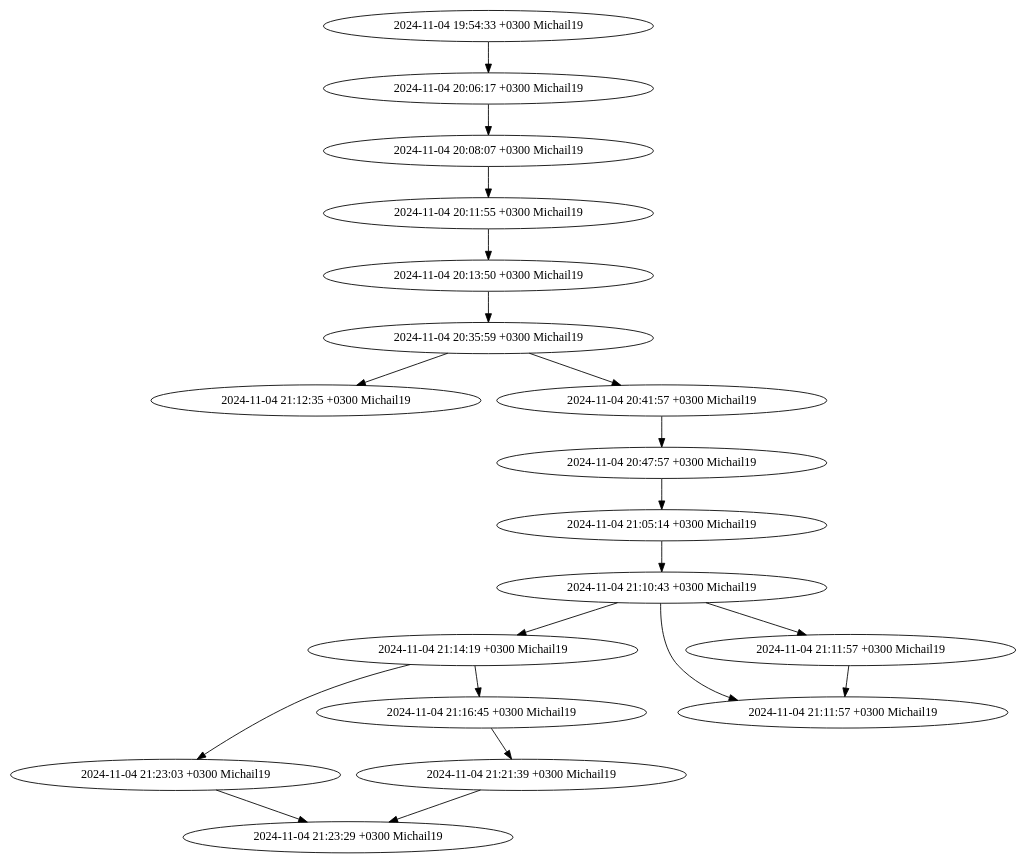
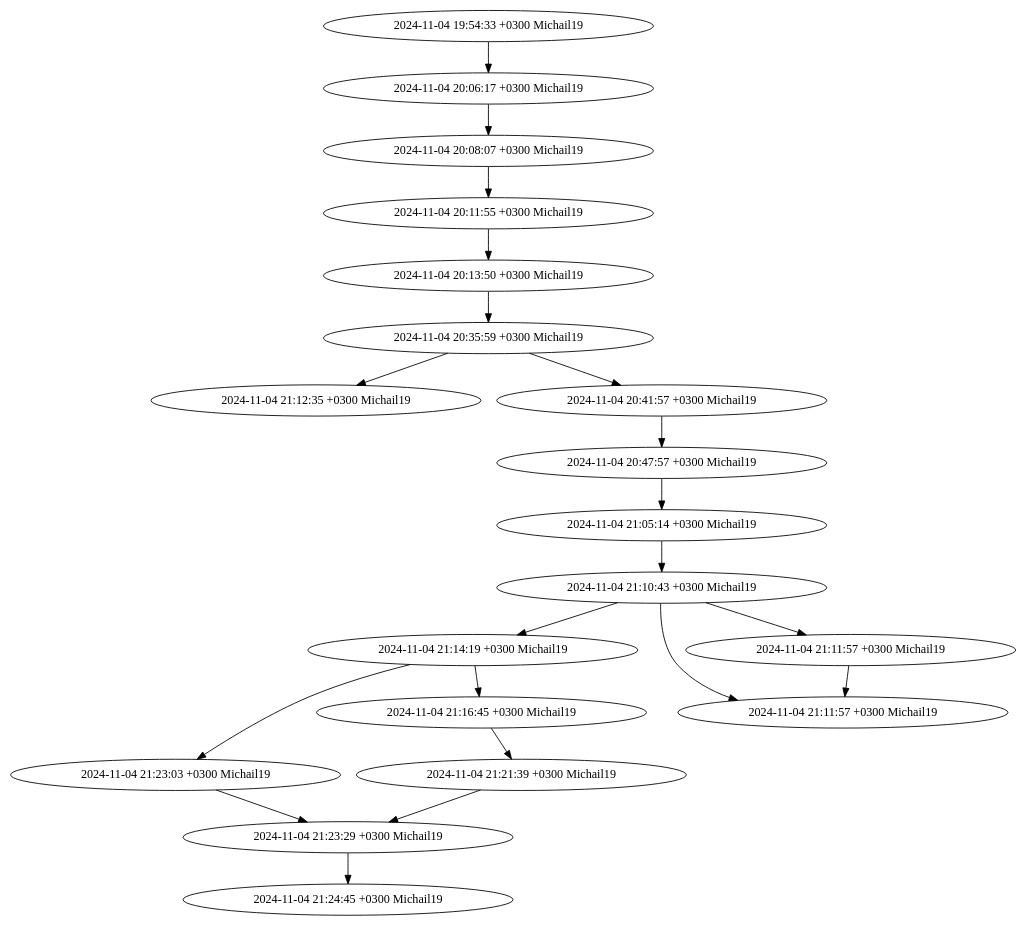
The diagram in graph.dot (Michail19/HomeworkForKU2), drawn with Graphviz before and after one commit. The commit also changed 1 other file, not shown here.

```diff
--- a/graph.dot
+++ b/graph.dot
@@ -1,39 +1,41 @@
 digraph G {
+    "9e4e44ee2bd6a0e7eb1ea17b4f37920688e868e3" [label="2024-11-04 21:24:45 +0300 Michail19"];
+    "b8d8953f7ce8fc7522e840ef1407c0d3f7119dd0" -> "9e4e44ee2bd6a0e7eb1ea17b4f37920688e868e3";
     "b8d8953f7ce8fc7522e840ef1407c0d3f7119dd0" [label="2024-11-04 21:23:29 +0300 Michail19"];
     "cb0adba88edc4027e7af5d1263faa7728e007dbc" -> "b8d8953f7ce8fc7522e840ef1407c0d3f7119dd0";
     "4821cdb57677a2af54a3b32aca9c1be37ca16872" -> "b8d8953f7ce8fc7522e840ef1407c0d3f7119dd0";
     "cb0adba88edc4027e7af5d1263faa7728e007dbc" [label="2024-11-04 21:23:03 +0300 Michail19"];
     "f2b4ff9571ac4ab389ead3d52375351dd7324293" -> "cb0adba88edc4027e7af5d1263faa7728e007dbc";
     "4821cdb57677a2af54a3b32aca9c1be37ca16872" [label="2024-11-04 21:21:39 +0300 Michail19"];
     "0521441b2467a0f04cd6b93a559208cb02ce9157" -> "4821cdb57677a2af54a3b32aca9c1be37ca16872";
     "0521441b2467a0f04cd6b93a559208cb02ce9157" [label="2024-11-04 21:16:45 +0300 Michail19"];
     "f2b4ff9571ac4ab389ead3d52375351dd7324293" -> "0521441b2467a0f04cd6b93a559208cb02ce9157";
     "f2b4ff9571ac4ab389ead3d52375351dd7324293" [label="2024-11-04 21:14:19 +0300 Michail19"];
     "8b50d4b403be2a20fe8b77a8ab2e54a6161746f5" -> "f2b4ff9571ac4ab389ead3d52375351dd7324293";
     "2d0f4fdc62858060ae9614b1424f0938bbaa3a52" [label="2024-11-04 21:12:35 +0300 Michail19"];
     "370b81cb2696b5585780ff9c1359753ce070d8a6" -> "2d0f4fdc62858060ae9614b1424f0938bbaa3a52";
     "275e2999aaa4cb91f1d07816f954d0aa32208cb1" [label="2024-11-04 21:11:57 +0300 Michail19"];
     "8b50d4b403be2a20fe8b77a8ab2e54a6161746f5" -> "275e2999aaa4cb91f1d07816f954d0aa32208cb1";
     "fb33023bd82753f7163abd109360c7dacd0322f6" -> "275e2999aaa4cb91f1d07816f954d0aa32208cb1";
     "fb33023bd82753f7163abd109360c7dacd0322f6" [label="2024-11-04 21:11:57 +0300 Michail19"];
     "8b50d4b403be2a20fe8b77a8ab2e54a6161746f5" -> "fb33023bd82753f7163abd109360c7dacd0322f6";
     "8b50d4b403be2a20fe8b77a8ab2e54a6161746f5" [label="2024-11-04 21:10:43 +0300 Michail19"];
     "20d60cd260b4c83e5d54e93c36e41720101eb681" -> "8b50d4b403be2a20fe8b77a8ab2e54a6161746f5";
     "20d60cd260b4c83e5d54e93c36e41720101eb681" [label="2024-11-04 21:05:14 +0300 Michail19"];
     "9b440faa52a7ab727df50053aa68a014c2ebaf03" -> "20d60cd260b4c83e5d54e93c36e41720101eb681";
     "9b440faa52a7ab727df50053aa68a014c2ebaf03" [label="2024-11-04 20:47:57 +0300 Michail19"];
     "6e5519de86204676ec1090770f51b928f61f6c24" -> "9b440faa52a7ab727df50053aa68a014c2ebaf03";
     "6e5519de86204676ec1090770f51b928f61f6c24" [label="2024-11-04 20:41:57 +0300 Michail19"];
     "370b81cb2696b5585780ff9c1359753ce070d8a6" -> "6e5519de86204676ec1090770f51b928f61f6c24";
     "370b81cb2696b5585780ff9c1359753ce070d8a6" [label="2024-11-04 20:35:59 +0300 Michail19"];
     "6e44a9eccef9dc107c26c453559d669ebd84dbcc" -> "370b81cb2696b5585780ff9c1359753ce070d8a6";
     "6e44a9eccef9dc107c26c453559d669ebd84dbcc" [label="2024-11-04 20:13:50 +0300 Michail19"];
     "46367f7de67175d5f03c9e8ae2067ac21fec0a92" -> "6e44a9eccef9dc107c26c453559d669ebd84dbcc";
     "46367f7de67175d5f03c9e8ae2067ac21fec0a92" [label="2024-11-04 20:11:55 +0300 Michail19"];
     "49837d93d4a5fb59956aadbba3c262efa4b05267" -> "46367f7de67175d5f03c9e8ae2067ac21fec0a92";
     "49837d93d4a5fb59956aadbba3c262efa4b05267" [label="2024-11-04 20:08:07 +0300 Michail19"];
     "1c911d746562f2b41f69b62a80a2f5a56168f865" -> "49837d93d4a5fb59956aadbba3c262efa4b05267";
     "1c911d746562f2b41f69b62a80a2f5a56168f865" [label="2024-11-04 20:06:17 +0300 Michail19"];
     "27dfd2e4035db62bb239fdf60053539fa3b2f90f" -> "1c911d746562f2b41f69b62a80a2f5a56168f865";
     "27dfd2e4035db62bb239fdf60053539fa3b2f90f" [label="2024-11-04 19:54:33 +0300 Michail19"];
 }
```
